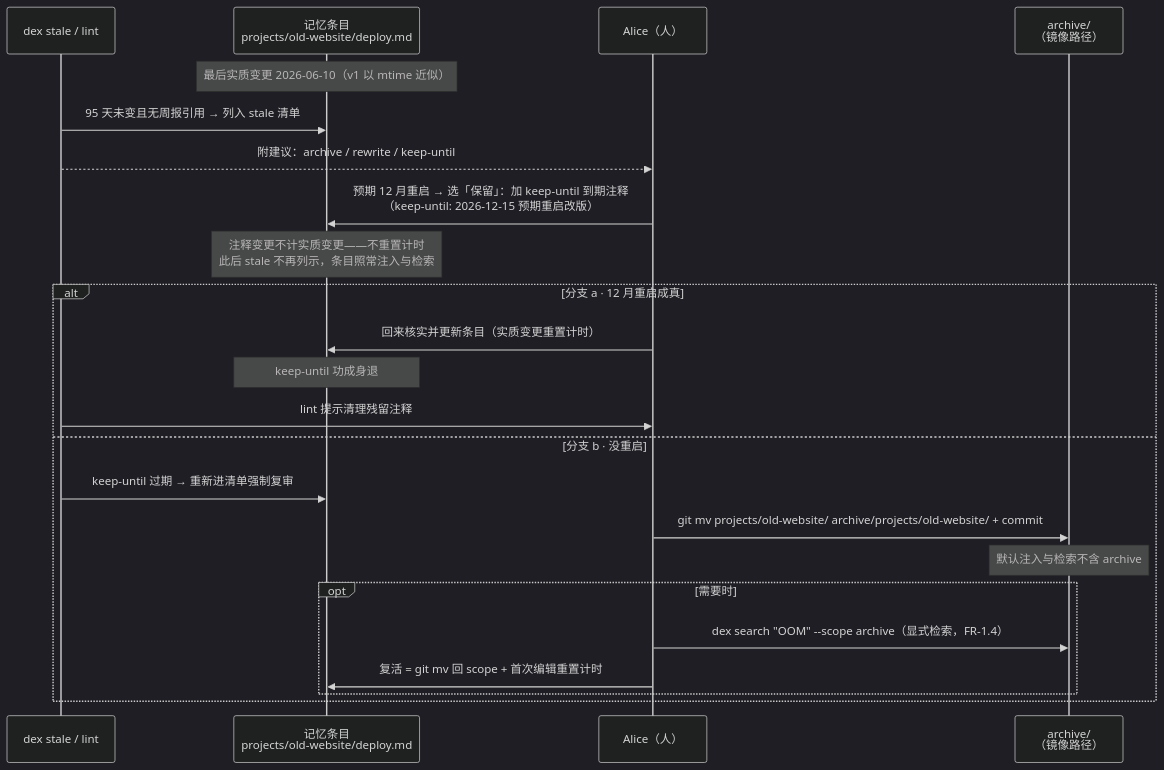
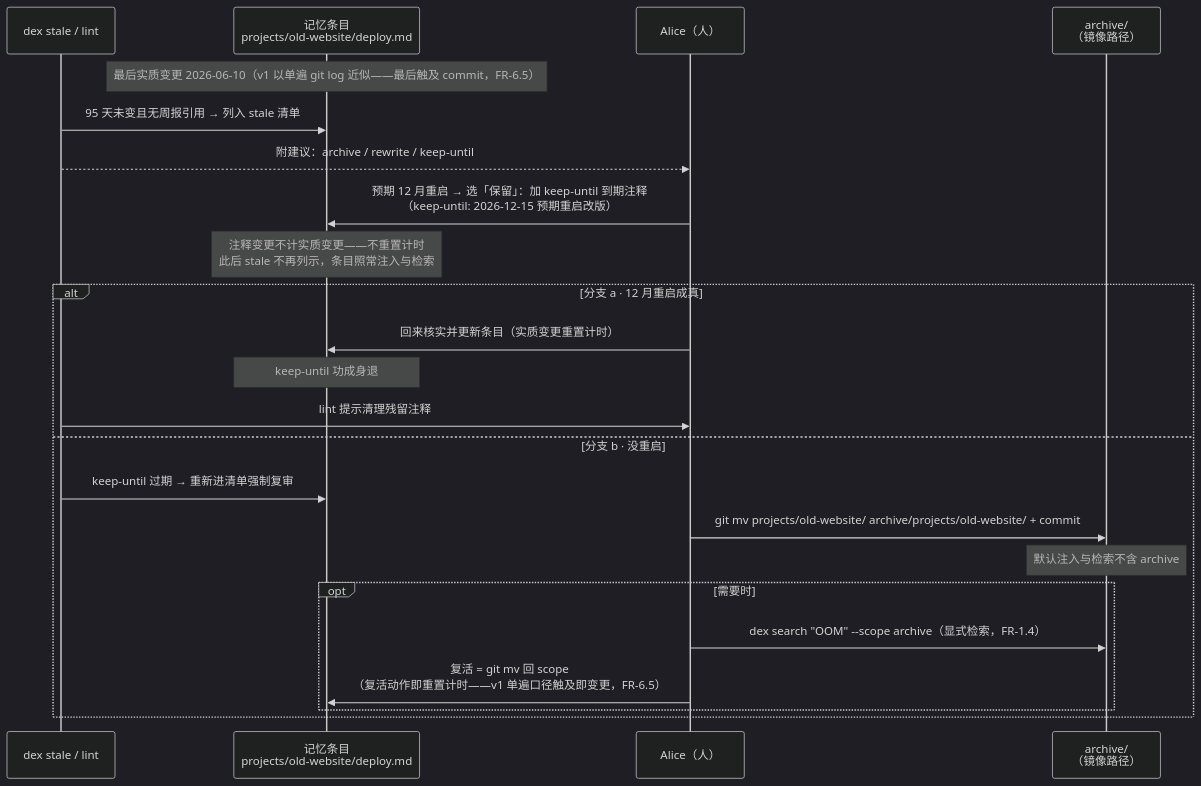
The tenth of 14 diagrams in docs/SCENARIO_WALKTHROUGH.md (Jo0OCTsai/pokemon-remember-you), drawn with Mermaid (dark theme) before and after one commit. The commit also changed other lines of this file and 12 other files, not shown here.

````diff
--- a/docs/SCENARIO_WALKTHROUGH.md
+++ b/docs/SCENARIO_WALKTHROUGH.md
@@ -403,26 +403,26 @@
 ```mermaid
 sequenceDiagram
     participant DEX as dex stale / lint
     participant E as 记忆条目<br/>projects/old-website/deploy.md
     participant H as Alice（人）
     participant ARC as archive/<br/>（镜像路径）
 
-    Note over E: 最后实质变更 2026-06-10（v1 以 mtime 近似）
+    Note over E: 最后实质变更 2026-06-10（v1 以单遍 git log 近似——最后触及 commit，FR-6.5）
     DEX->>E: 95 天未变且无周报引用 → 列入 stale 清单
     DEX-->>H: 附建议：archive / rewrite / keep-until
     H->>E: 预期 12 月重启 → 选「保留」：加 keep-until 到期注释<br/>（keep-until: 2026-12-15 预期重启改版）
     Note over E: 注释变更不计实质变更——不重置计时<br/>此后 stale 不再列示，条目照常注入与检索
     alt 分支 a · 12 月重启成真
         H->>E: 回来核实并更新条目（实质变更重置计时）
         Note over E: keep-until 功成身退
         DEX->>H: lint 提示清理残留注释
     else 分支 b · 没重启
         DEX->>E: keep-until 过期 → 重新进清单强制复审
         H->>ARC: git mv projects/old-website/ archive/projects/old-website/ + commit
         Note over ARC: 默认注入与检索不含 archive
         opt 需要时
             H->>ARC: dex search "OOM" --scope archive（显式检索，FR-1.4）
-            H->>E: 复活 = git mv 回 scope + 首次编辑重置计时
+            H->>E: 复活 = git mv 回 scope<br/>（复活动作即重置计时——v1 单遍口径触及即变更，FR-6.5）
         end
     end
 ```
````
